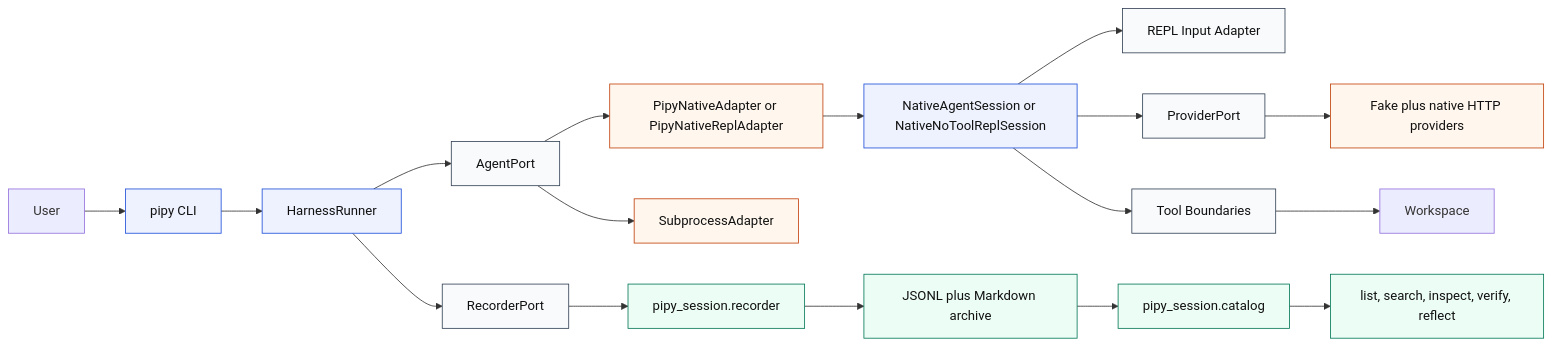
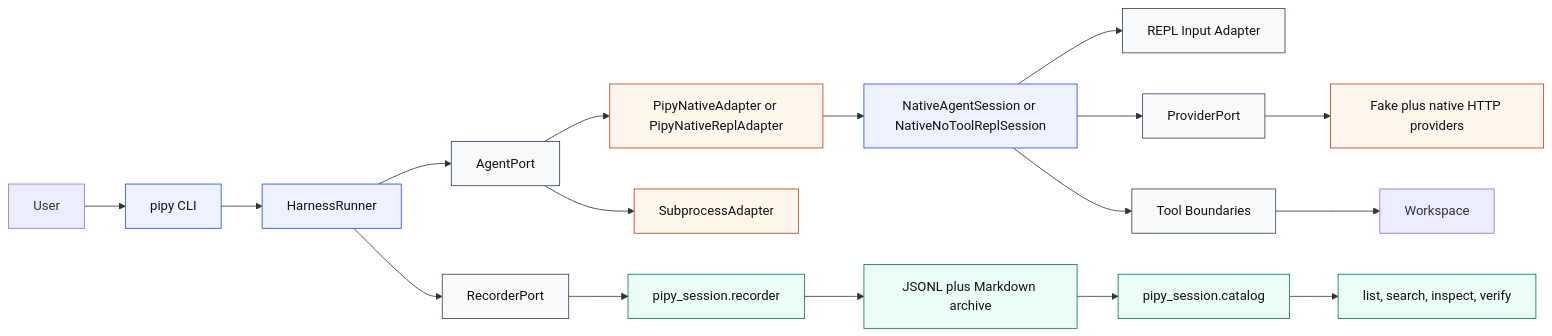
Before and after one commit to ephes/pipy: the first of 3 diagrams in docs/architecture.md, drawn with Mermaid. The commit also changed other lines of this file and 6 other files, not shown here.

````diff
--- a/docs/architecture.md
+++ b/docs/architecture.md
@@ -19,28 +19,28 @@
 ```mermaid
 flowchart LR
   User[User] --> CLI[pipy CLI]
   CLI --> Runner[HarnessRunner]
   Runner --> AgentPort[AgentPort]
   AgentPort --> NativeAdapter[PipyNativeAdapter or PipyNativeReplAdapter]
   AgentPort --> SubprocessAdapter[SubprocessAdapter]
   NativeAdapter --> NativeSession[NativeAgentSession or NativeNoToolReplSession]
   NativeSession --> InputAdapter[REPL Input Adapter]
   NativeSession --> ProviderPort[ProviderPort]
   NativeSession --> ToolBoundaries[Tool Boundaries]
   ProviderPort --> Providers[Fake plus native HTTP providers]
   ToolBoundaries --> Workspace[Workspace]
   Runner --> RecorderPort[RecorderPort]
   RecorderPort --> SessionRecorder[pipy_session.recorder]
   SessionRecorder --> Archive[JSONL plus Markdown archive]
   Archive --> Catalog[pipy_session.catalog]
-  Catalog --> ReaderCommands[list, search, inspect, verify, reflect]
+  Catalog --> ReaderCommands[list, search, inspect, verify]
 
   classDef core fill:#eef2ff,stroke:#1d4ed8,color:#111111;
   classDef adapter fill:#fff7ed,stroke:#c2410c,color:#111111;
   classDef store fill:#ecfdf5,stroke:#047857,color:#111111;
   classDef boundary fill:#f8fafc,stroke:#334155,color:#111111;
   class CLI,Runner,NativeSession core;
   class AgentPort,InputAdapter,ProviderPort,RecorderPort,ToolBoundaries boundary;
   class NativeAdapter,SubprocessAdapter,Providers adapter;
   class SessionRecorder,Archive,Catalog,ReaderCommands store;
 ```
````
